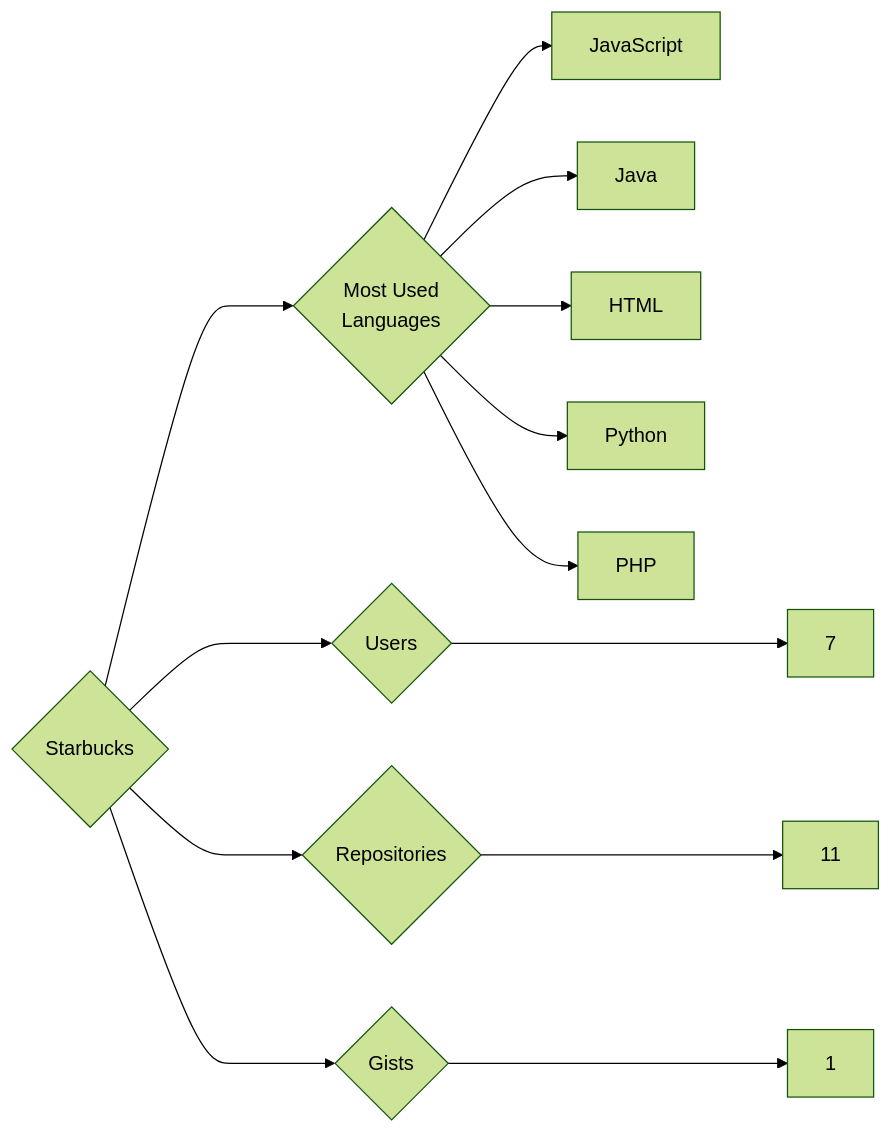
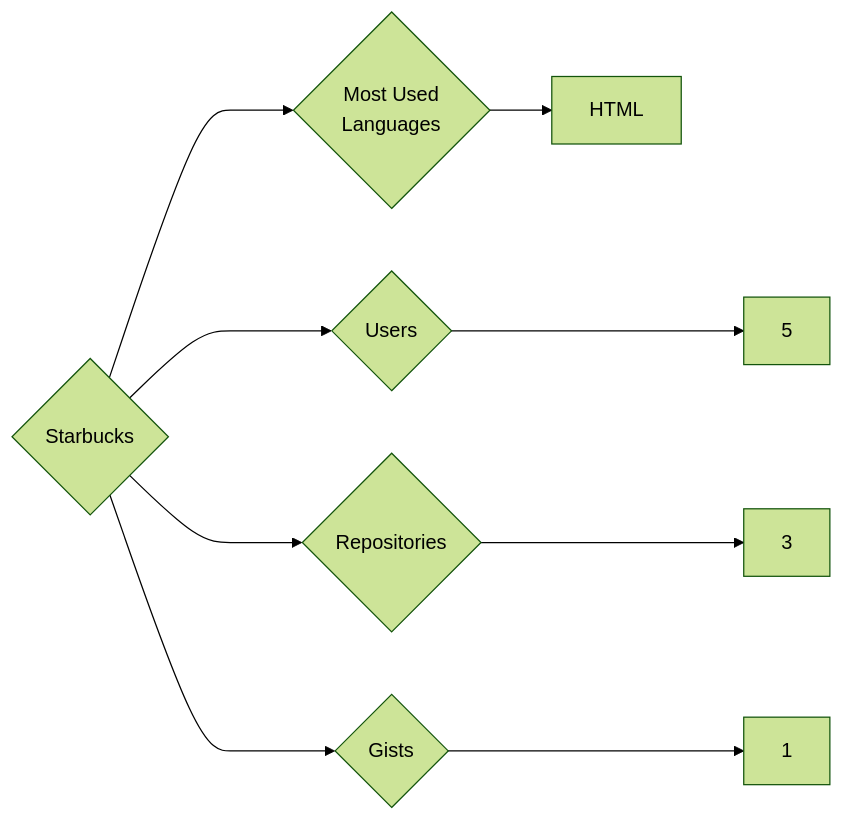
The diagram in targets/Starbucks/README.md (trickest/insiders), drawn with Mermaid (forest theme) before and after one commit. The commit also changed 682 other files, not shown here.

````diff
--- a/targets/Starbucks/README.md
+++ b/targets/Starbucks/README.md
@@ -3,13 +3,9 @@
 ```mermaid
 graph LR
 COMPANY_NAME{Starbucks}
-COMPANY_NAME ---> U{Users} ---> UN[7]
-COMPANY_NAME ---> R{Repositories} ---> RN[11]
+COMPANY_NAME ---> U{Users} ---> UN[5]
+COMPANY_NAME ---> R{Repositories} ---> RN[3]
 COMPANY_NAME ---> G{Gists} ---> GN[1]
 COMPANY_NAME ---> ML{Most Used<br>Languages}
-ML --> JavaScript[JavaScript]
-ML --> Java[Java]
 ML --> HTML[HTML]
-ML --> Python[Python]
-ML --> PHP[PHP]
 ```
````
